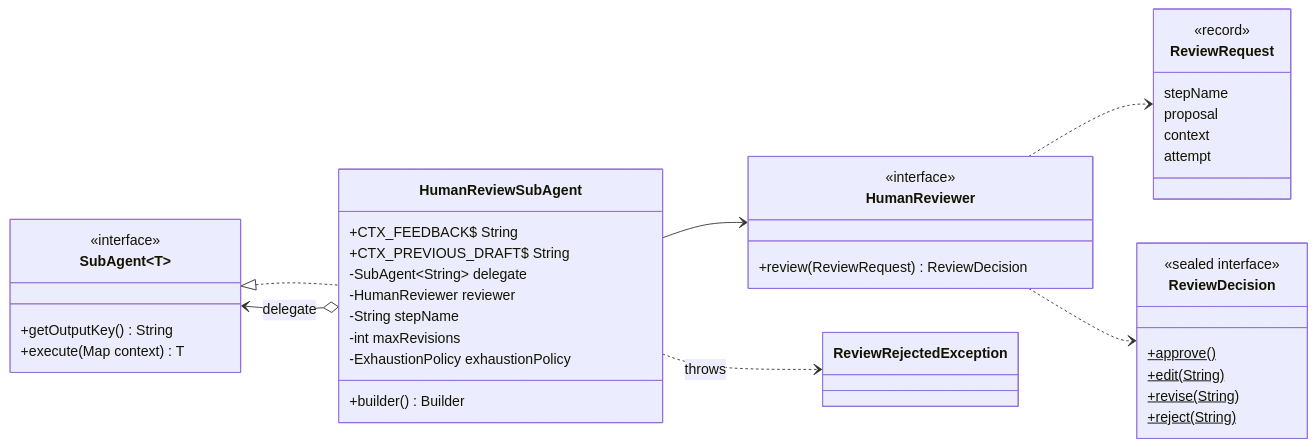
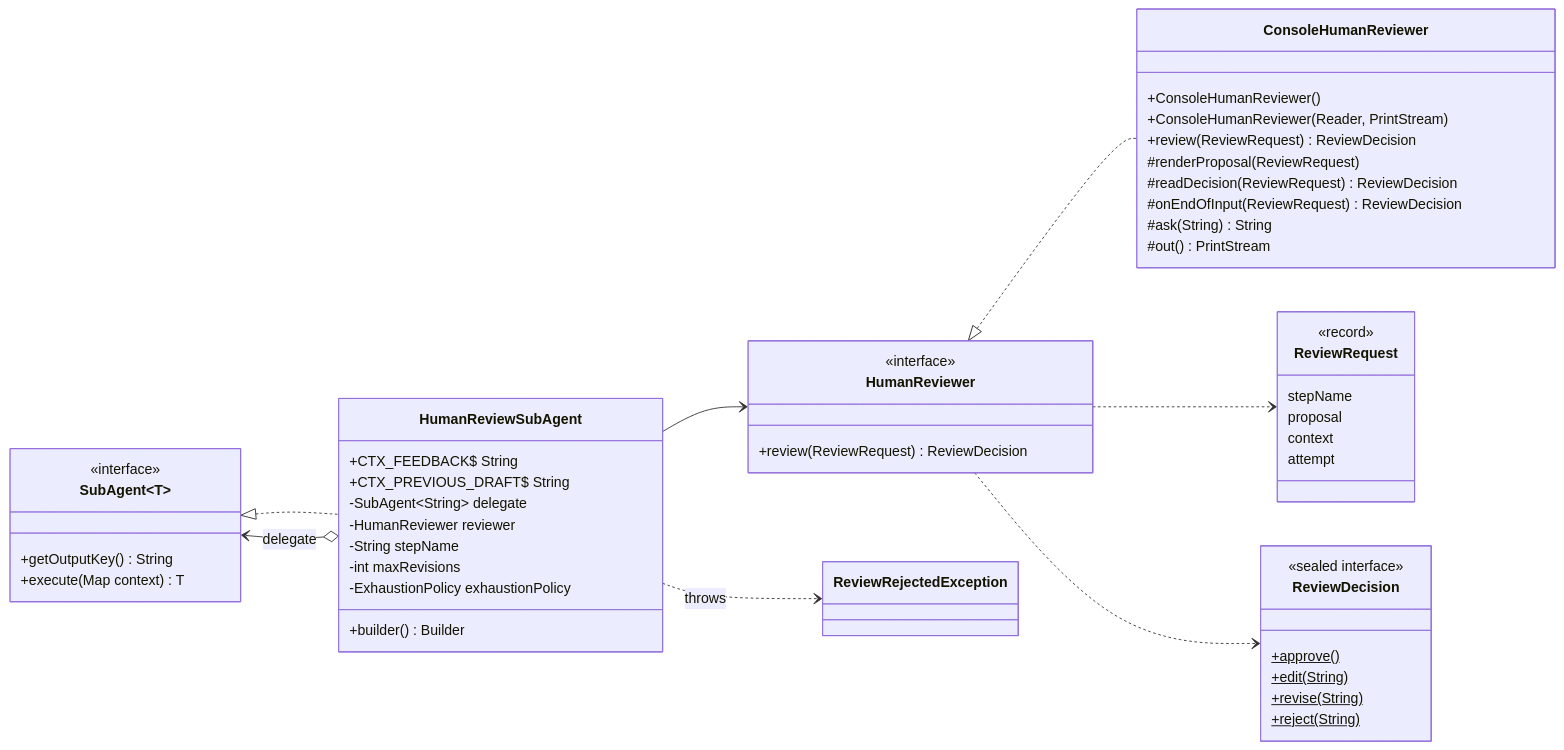
Before and after one commit to ronaldwkcheng/agent-api: the first of 2 diagrams in api/docs/human-review-sub-agent.md, drawn with Mermaid. The commit also changed other lines of this file and 6 other files, not shown here.

First line of the commit message:
Promote ConsoleHumanReviewer into the api library

````diff
--- a/api/docs/human-review-sub-agent.md
+++ b/api/docs/human-review-sub-agent.md
@@ -24,49 +24,61 @@
 ```mermaid
 classDiagram
     direction LR
 
     class SubAgent~T~ {
         <<interface>>
         +getOutputKey() String
         +execute(Map context) T
     }
 
     class HumanReviewSubAgent {
         +CTX_FEEDBACK$ String
         +CTX_PREVIOUS_DRAFT$ String
         -SubAgent~String~ delegate
         -HumanReviewer reviewer
         -String stepName
         -int maxRevisions
         -ExhaustionPolicy exhaustionPolicy
         +builder() Builder
     }
 
     class HumanReviewer {
         <<interface>>
         +review(ReviewRequest) ReviewDecision
     }
 
     class ReviewRequest {
         <<record>>
         stepName
         proposal
         context
         attempt
     }
 
     class ReviewDecision {
         <<sealed interface>>
         +approve()$
         +edit(String)$
         +revise(String)$
         +reject(String)$
     }
 
+    class ConsoleHumanReviewer {
+        +ConsoleHumanReviewer()
+        +ConsoleHumanReviewer(Reader, PrintStream)
+        +review(ReviewRequest) ReviewDecision
+        #renderProposal(ReviewRequest)
+        #readDecision(ReviewRequest) ReviewDecision
+        #onEndOfInput(ReviewRequest) ReviewDecision
+        #ask(String) String
+        #out() PrintStream
+    }
+
     SubAgent <|.. HumanReviewSubAgent
+    HumanReviewer <|.. ConsoleHumanReviewer
     HumanReviewSubAgent o--> SubAgent : delegate
     HumanReviewSubAgent --> HumanReviewer
     HumanReviewer ..> ReviewRequest
     HumanReviewer ..> ReviewDecision
     HumanReviewSubAgent ..> ReviewRejectedException : throws
 ```
````
